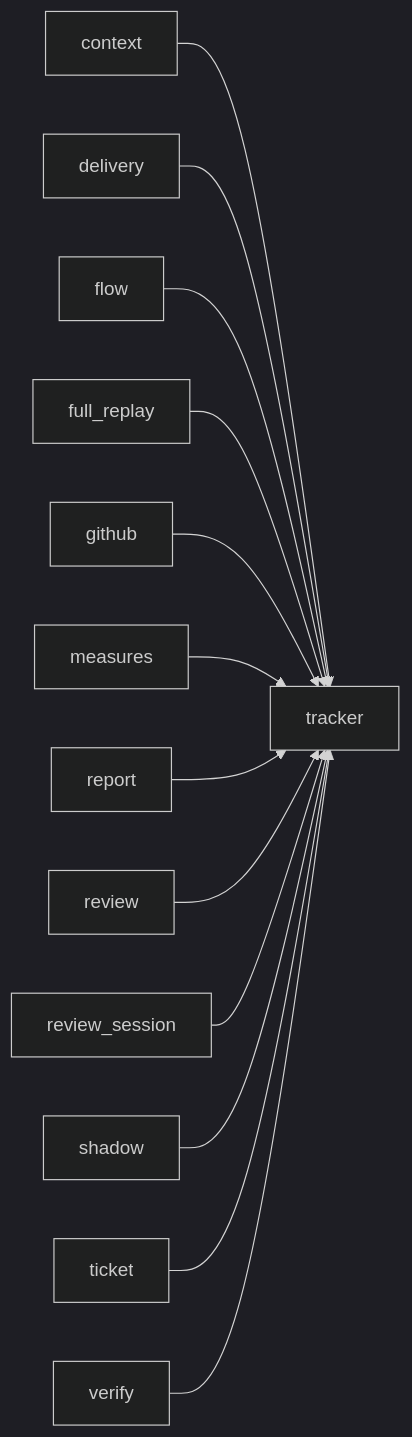
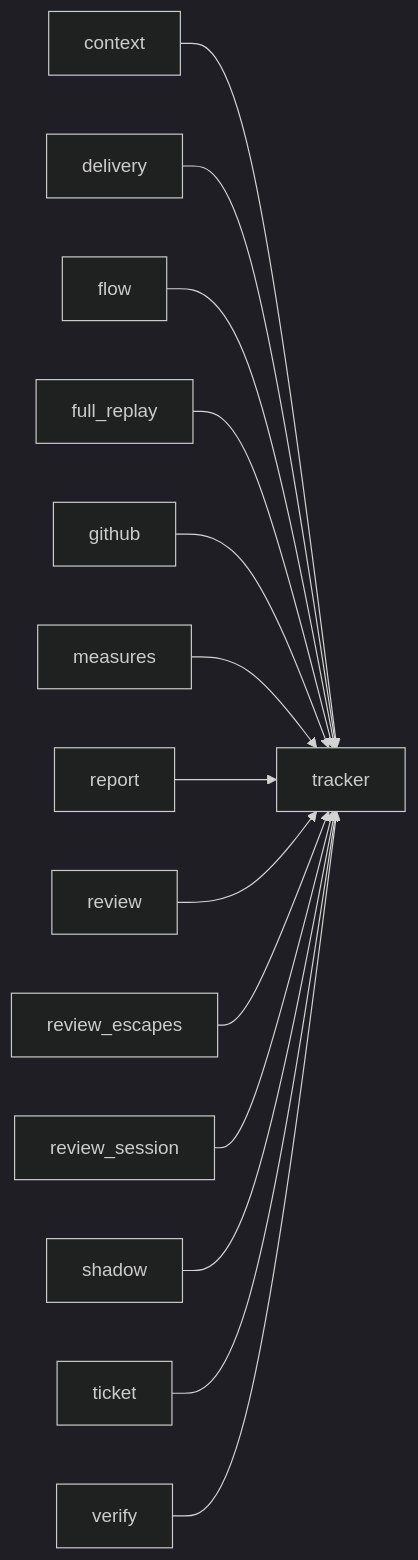
Before and after one commit to plaplanche/ariane: the third of 3 diagrams in docs/architecture/modules/tracker.md, drawn with Mermaid (dark theme). The commit also changed other lines of this file and 34 other files, not shown here.

Commit message:
#196: ariane report: review escapes per model pair and stop categories (C10, C19)

````diff
--- a/docs/architecture/modules/tracker.md
+++ b/docs/architecture/modules/tracker.md
@@ -103,15 +109,16 @@
 ```mermaid
 flowchart LR
   context --> tracker
   delivery --> tracker
   flow --> tracker
   full_replay --> tracker
   github --> tracker
   measures --> tracker
   report --> tracker
   review --> tracker
+  review_escapes --> tracker
   review_session --> tracker
   shadow --> tracker
   ticket --> tracker
   verify --> tracker
 ```
````
